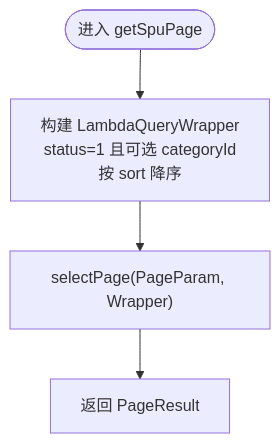
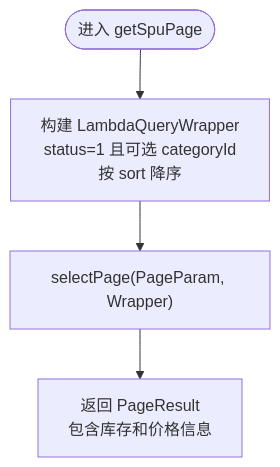
One commit to QtImM/wechatMiniprogram_Store changed the fourth of 6 diagrams in .qoder/repowiki/zh/content/后端架构设计/业务模块设计/商品模块 (shop-module-product)/商品模块 (shop-module-product).md. Above: the diagram before and after it, drawn with Mermaid. The commit also changed other lines of this file and 109 other files, not shown here.

````diff
--- a/.qoder/repowiki/zh/content/后端架构设计/业务模块设计/商品模块 (shop-module-product)/商品模块 (shop-module-product).md
+++ b/.qoder/repowiki/zh/content/后端架构设计/业务模块设计/商品模块 (shop-module-product)/商品模块 (shop-module-product).md
@@ -204,6 +210,6 @@
 ```mermaid
 flowchart TD
 Start(["进入 getSpuPage"]) --> Build["构建 LambdaQueryWrapper<br/>status=1 且可选 categoryId<br/>按 sort 降序"]
 Build --> Page["selectPage(PageParam, Wrapper)"]
-Page --> Return["返回 PageResult<ProductSpuDO>"]
+Page --> Return["返回 PageResult<ProductSpuDO><br/>包含库存和价格信息"]
 ```
````
